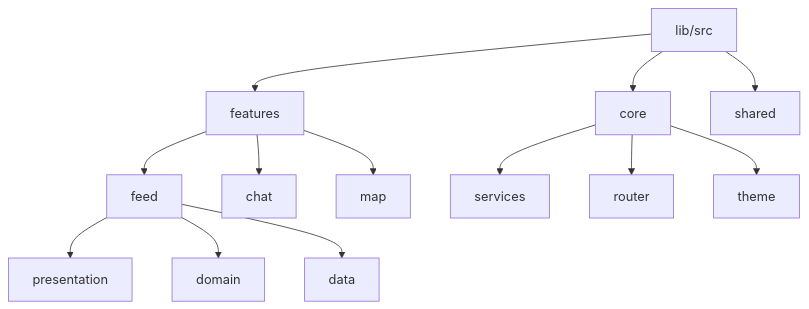
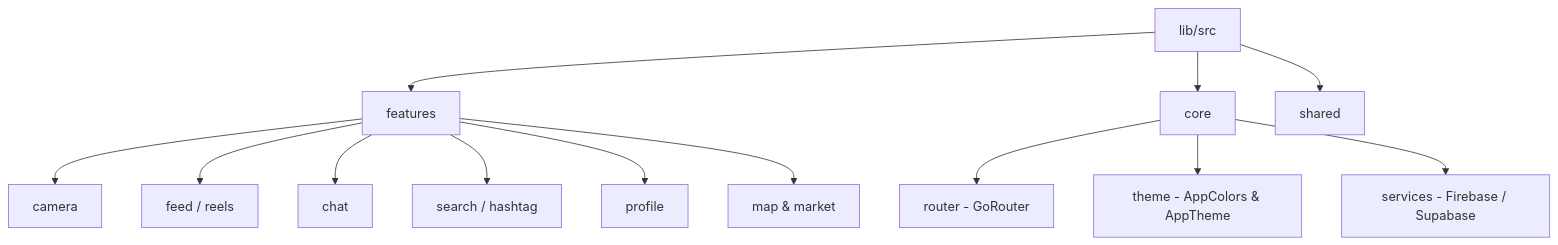
Before and after one commit to praiseikebuwa/abuad: the diagram in README.md, drawn with Mermaid. The commit also changed other lines of this file and 17 other files, not shown here.

Commit message:
feat: add comprehensive search, feed widgets, and authentication infrastructure

````diff
--- a/README.md
+++ b/README.md
@@ -64,18 +114,17 @@
 ```mermaid
 graph TD
     A[lib/src] --> B[features]
     A --> C[core]
     A --> D[shared]
     
-    B --> B1[feed]
-    B --> B2[chat]
-    B --> B3[map]
+    B --> B1[camera]
+    B --> B2[feed / reels]
+    B --> B3[chat]
+    B --> B4[search / hashtag]
+    B --> B5[profile]
+    B --> B6[map & market]
     
-    B1 --> B1a[presentation]
-    B1 --> B1b[domain]
-    B1 --> B1c[data]
-    
-    C --> C1[services]
-    C --> C2[router]
-    C --> C3[theme]
+    C --> C1[router - GoRouter]
+    C --> C2[theme - AppColors & AppTheme]
+    C --> C3[services - Firebase / Supabase]
 ```
````
